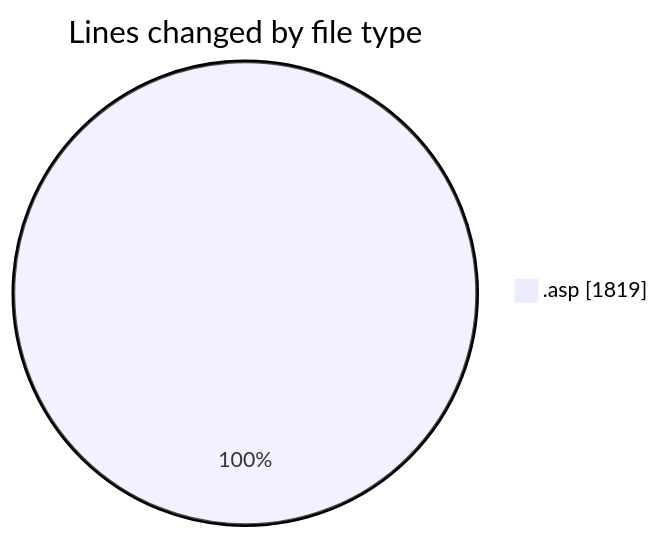
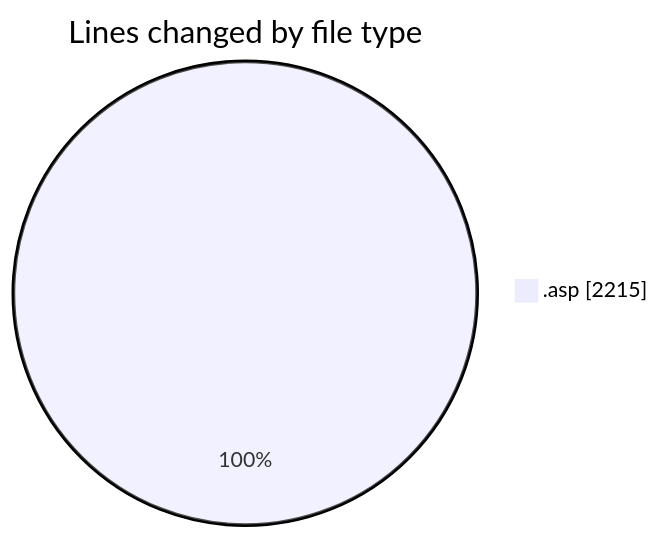
One commit to julien-gomy/code-tracking changed the first of 2 diagrams in 2025-10-07/usr_aleoudev_fr__workspace_/README.md. Above: the diagram before and after it, drawn with Mermaid. The commit also changed other lines of this file and 1 other file, not shown here.

````diff
--- a/2025-10-07/usr_aleoudev_fr__workspace_/README.md
+++ b/2025-10-07/usr_aleoudev_fr__workspace_/README.md
@@ -20,5 +21,5 @@
 ```mermaid
 pie showData
 title Lines changed by file type
-".asp" : 1819
+".asp" : 2215
 ```
````
